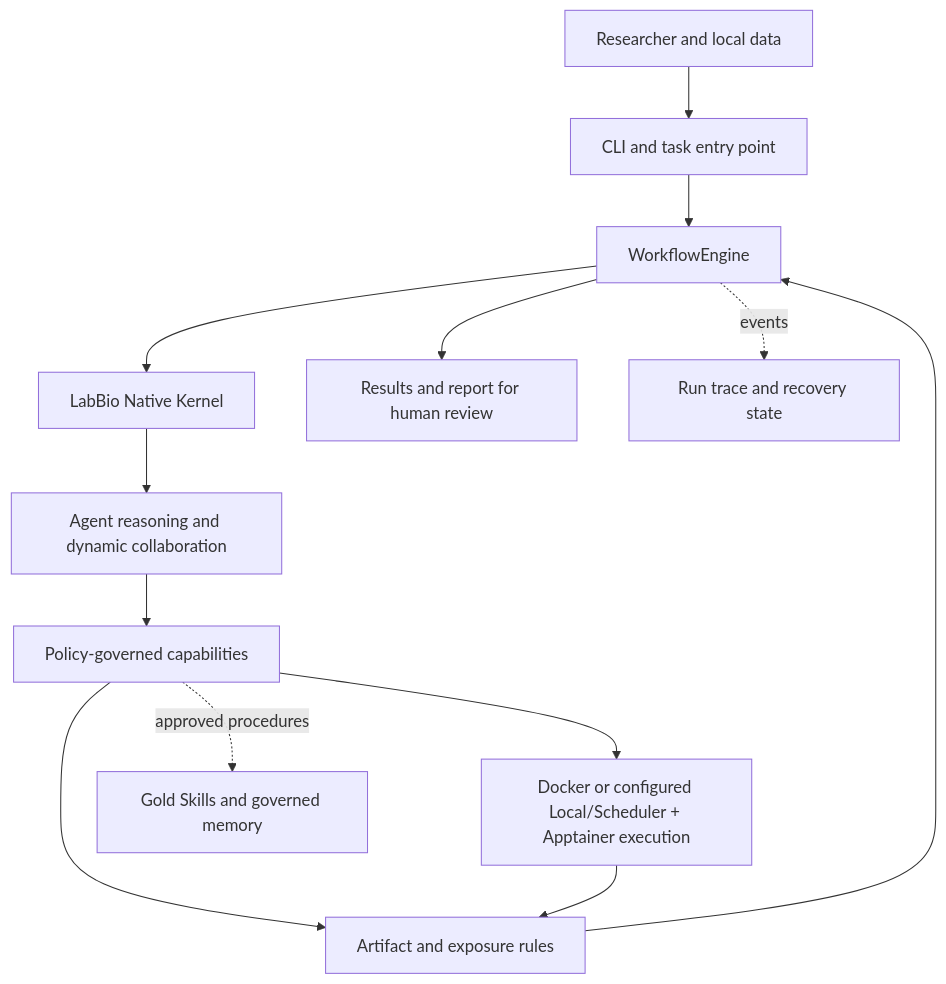
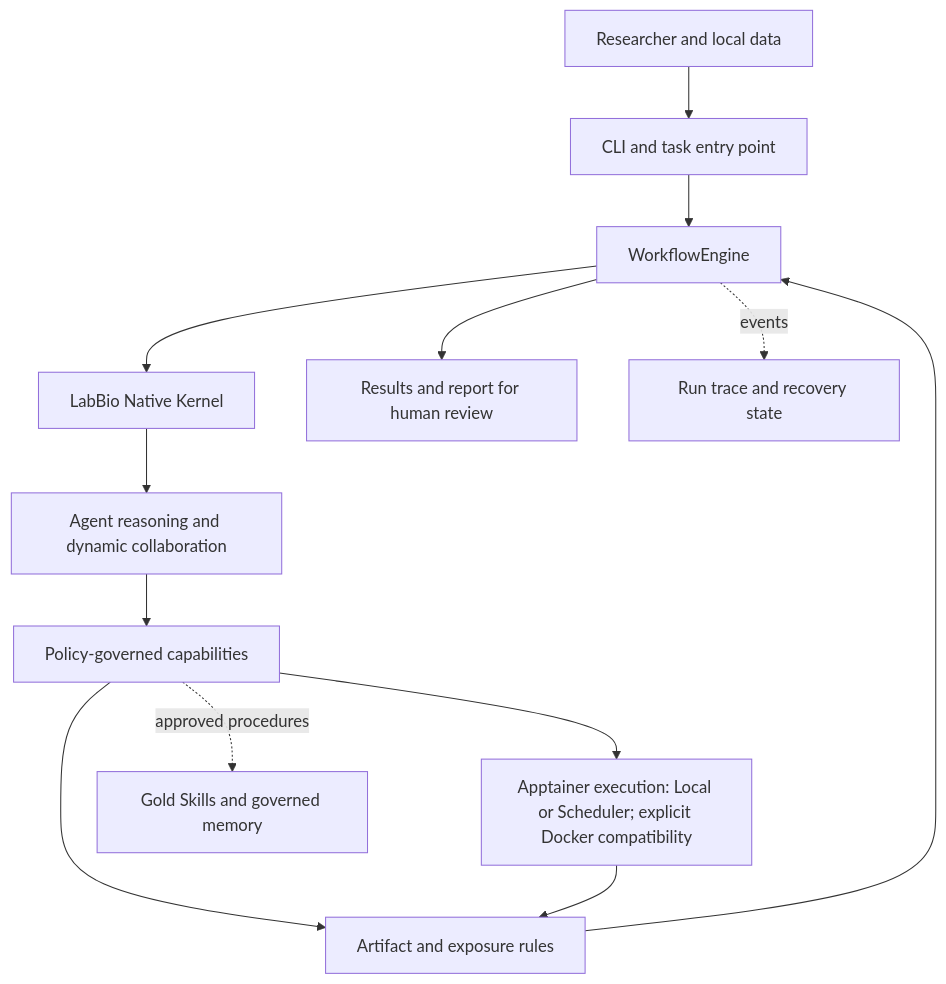
Before and after one commit to YuchenWang-leslie/LabBioAgentOS: the diagram in README.md, drawn with Mermaid. The commit also changed other lines of this file and 241 other files, not shown here.

````diff
--- a/README.md
+++ b/README.md
@@ -22,15 +22,15 @@
 ```mermaid
 flowchart TD
     U[Researcher and local data] --> C[CLI and task entry point]
     C --> W[WorkflowEngine]
     W --> K[LabBio Native Kernel]
     K --> A[Agent reasoning and dynamic collaboration]
     A --> P[Policy-governed capabilities]
-    P --> E[Docker or configured Local/Scheduler + Apptainer execution]
+    P --> E[Apptainer execution: Local or Scheduler; explicit Docker compatibility]
     P --> R[Artifact and exposure rules]
     E --> R
     R --> W
     W --> O[Results and report for human review]
     W -. events .-> T[Run trace and recovery state]
     P -. approved procedures .-> G[Gold Skills and governed memory]
 ```
````
